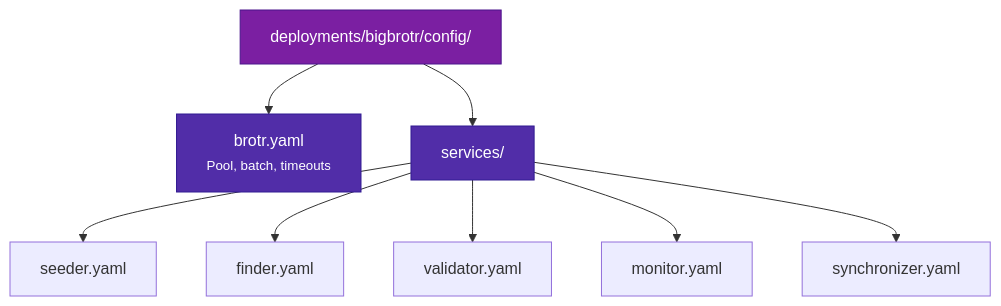
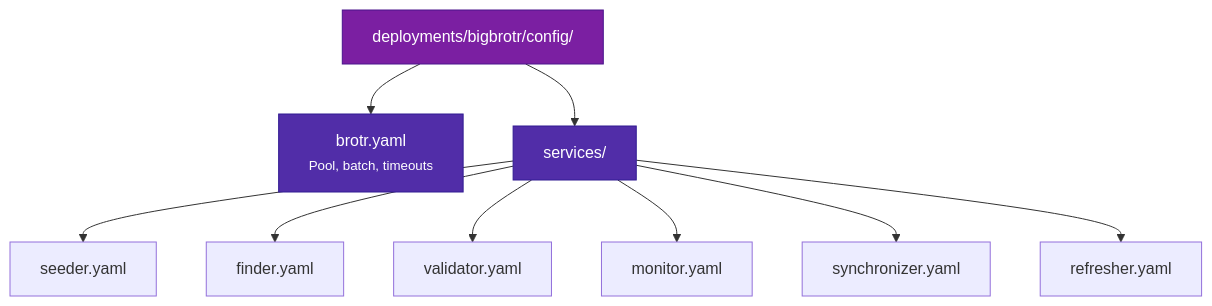
The seventh of 7 diagrams in docs/user-guide/architecture.md (BigBrotr/bigbrotr), drawn with Mermaid before and after one commit. The commit also changed other lines of this file and 36 other files, not shown here.

First line of the commit message:
docs: correct architecture terminology and fix documentation (#312)

````diff
--- a/docs/user-guide/architecture.md
+++ b/docs/user-guide/architecture.md
@@ -647,15 +650,16 @@
 ```mermaid
 flowchart TD
     A["deployments/bigbrotr/config/"]
     A --> B["brotr.yaml<br/><small>Pool, batch, timeouts</small>"]
     A --> C["services/"]
     C --> D["seeder.yaml"]
     C --> E["finder.yaml"]
     C --> F["validator.yaml"]
     C --> G["monitor.yaml"]
     C --> H["synchronizer.yaml"]
+    C --> I["refresher.yaml"]
 
     style A fill:#7B1FA2,color:#fff,stroke:#4A148C
     style B fill:#512DA8,color:#fff,stroke:#311B92
     style C fill:#512DA8,color:#fff,stroke:#311B92
 ```
````
